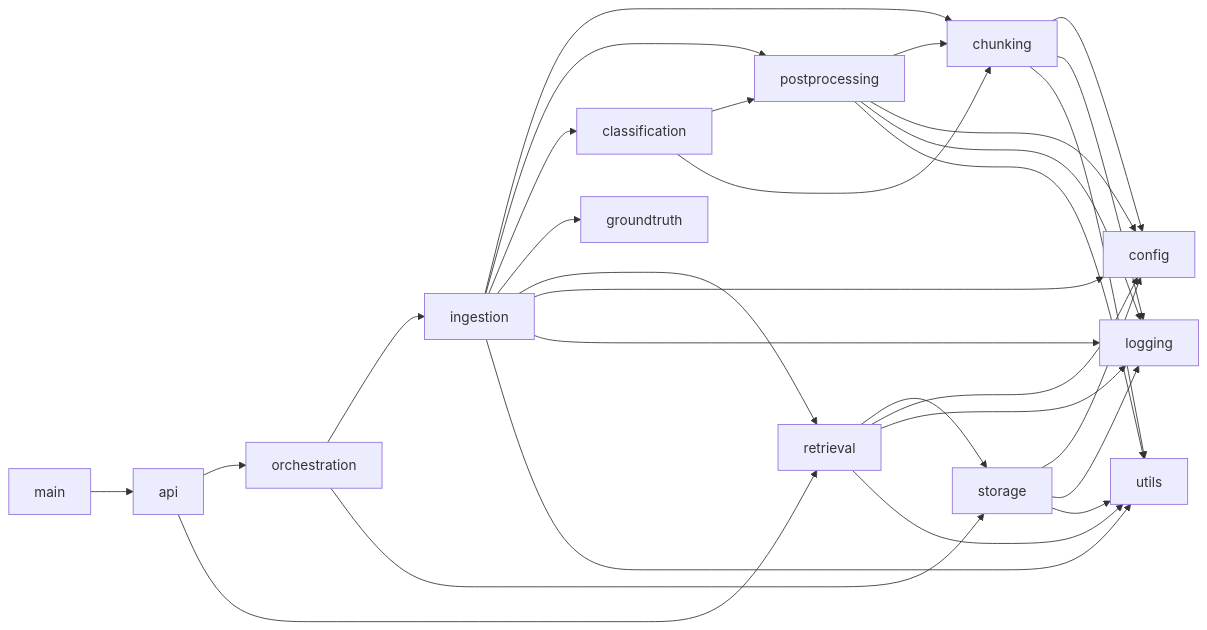
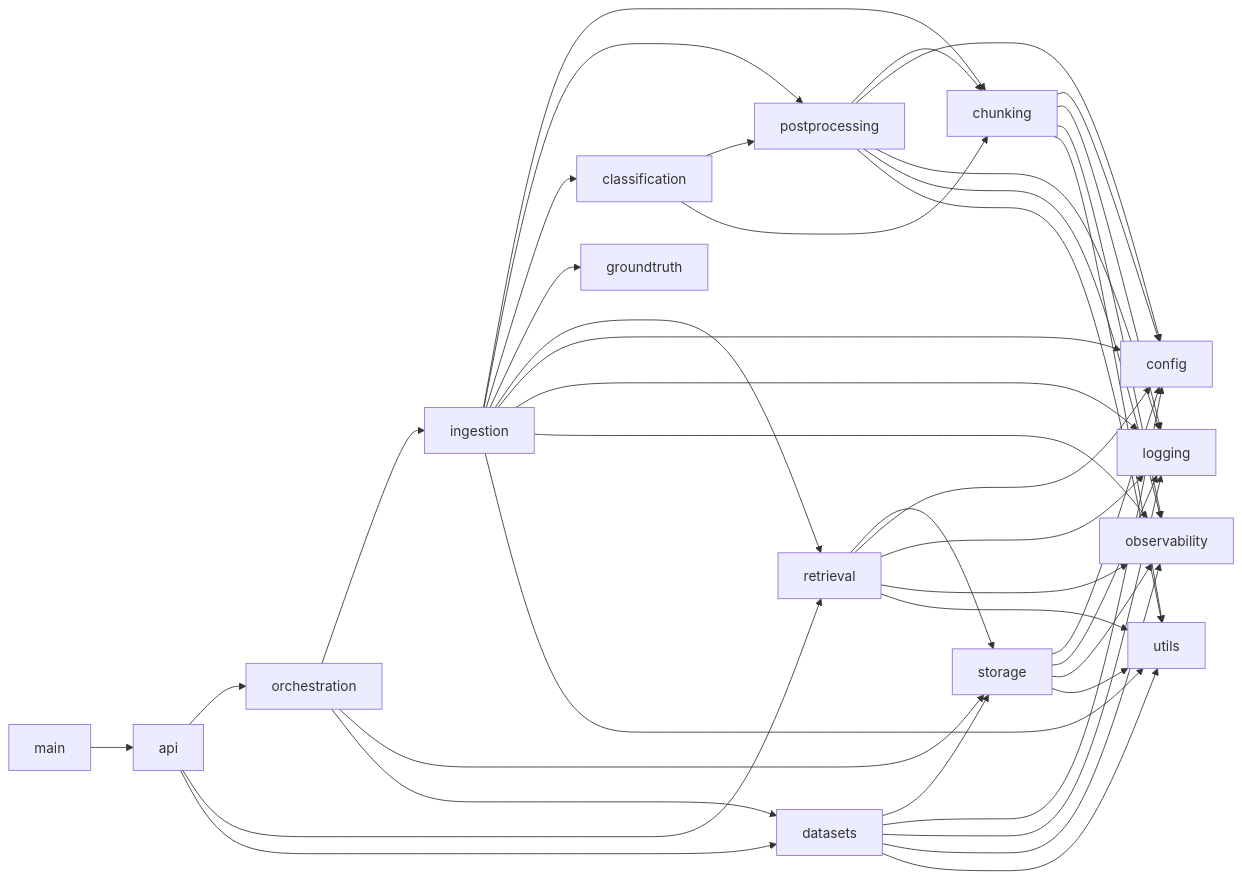
The second of 7 diagrams in docs/ARCHITECTURE.md (harish-kumarn/intelligent-chunking), drawn with Mermaid before and after one commit. The commit also changed other lines of this file and 50 other files, not shown here.

````diff
--- a/docs/ARCHITECTURE.md
+++ b/docs/ARCHITECTURE.md
@@ -45,11 +45,12 @@
 ```mermaid
 flowchart LR
     main --> api --> orchestration --> ingestion
-    api --> retrieval
-    orchestration --> storage
+    api --> retrieval & datasets
+    orchestration --> storage & datasets
     ingestion --> chunking & postprocessing & classification & groundtruth & retrieval
     classification --> postprocessing & chunking
     postprocessing --> chunking
     retrieval --> storage
-    chunking & postprocessing & retrieval & storage & ingestion --> config & logging & utils
+    datasets --> storage
+    chunking & postprocessing & retrieval & storage & ingestion & datasets --> config & logging & observability & utils
 ```
````
